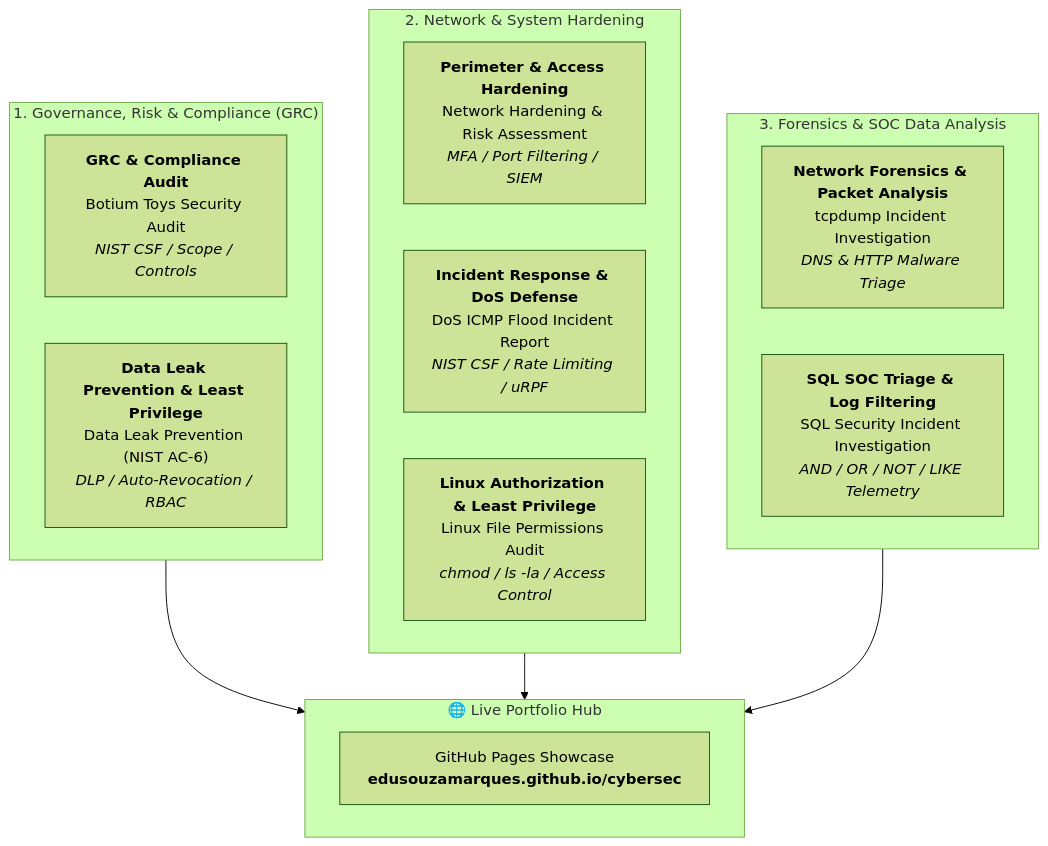
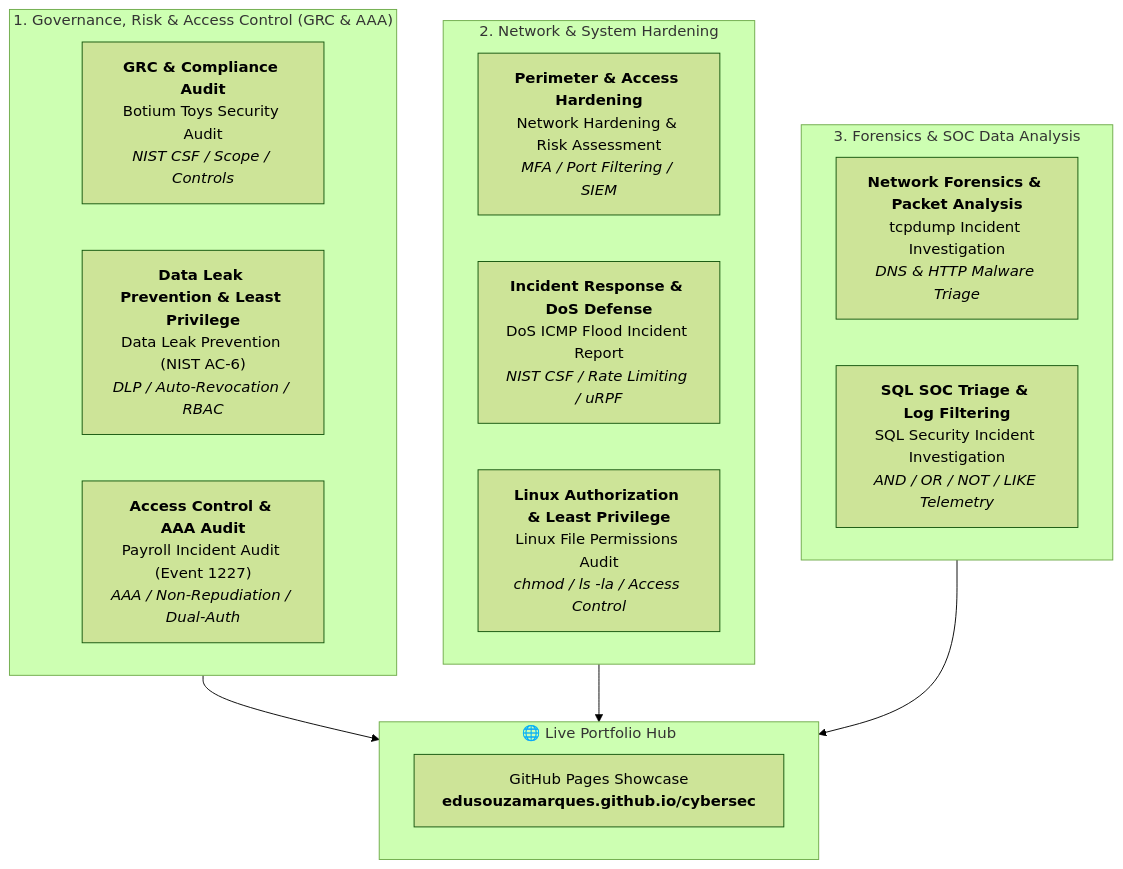
Before and after one commit to edusouzamarques/edusouzamarques: the diagram in README.md, drawn with Mermaid (forest theme). The commit also changed other lines of this file, not shown here.

Commit message:
docs: feature access-control-aaa-audit-lab in practical portfolio showcase

````diff
--- a/README.md
+++ b/README.md
@@ -12,26 +12,27 @@
 ```mermaid
 flowchart TD
-    subgraph GRC["1. Governance, Risk & Compliance (GRC)"]
+    subgraph GRC["1. Governance, Risk & Access Control (GRC & AAA)"]
         L1["<b>GRC & Compliance Audit</b><br/>Botium Toys Security Audit<br/><i>NIST CSF / Scope / Controls</i>"]
         L2["<b>Data Leak Prevention & Least Privilege</b><br/>Data Leak Prevention (NIST AC-6)<br/><i>DLP / Auto-Revocation / RBAC</i>"]
+        L3["<b>Access Control & AAA Audit</b><br/>Payroll Incident Audit (Event 1227)<br/><i>AAA / Non-Repudiation / Dual-Auth</i>"]
     end
 
     subgraph Defense["2. Network & System Hardening"]
-        L3["<b>Perimeter & Access Hardening</b><br/>Network Hardening & Risk Assessment<br/><i>MFA / Port Filtering / SIEM</i>"]
-        L4["<b>Incident Response & DoS Defense</b><br/>DoS ICMP Flood Incident Report<br/><i>NIST CSF / Rate Limiting / uRPF</i>"]
-        L5["<b>Linux Authorization & Least Privilege</b><br/>Linux File Permissions Audit<br/><i>chmod / ls -la / Access Control</i>"]
+        L4["<b>Perimeter & Access Hardening</b><br/>Network Hardening & Risk Assessment<br/><i>MFA / Port Filtering / SIEM</i>"]
+        L5["<b>Incident Response & DoS Defense</b><br/>DoS ICMP Flood Incident Report<br/><i>NIST CSF / Rate Limiting / uRPF</i>"]
+        L6["<b>Linux Authorization & Least Privilege</b><br/>Linux File Permissions Audit<br/><i>chmod / ls -la / Access Control</i>"]
     end
 
     subgraph Forensics["3. Forensics & SOC Data Analysis"]
-        L6["<b>Network Forensics & Packet Analysis</b><br/>tcpdump Incident Investigation<br/><i>DNS & HTTP Malware Triage</i>"]
-        L7["<b>SQL SOC Triage & Log Filtering</b><br/>SQL Security Incident Investigation<br/><i>AND / OR / NOT / LIKE Telemetry</i>"]
+        L7["<b>Network Forensics & Packet Analysis</b><br/>tcpdump Incident Investigation<br/><i>DNS & HTTP Malware Triage</i>"]
+        L8["<b>SQL SOC Triage & Log Filtering</b><br/>SQL Security Incident Investigation<br/><i>AND / OR / NOT / LIKE Telemetry</i>"]
     end
 
     subgraph Hub["🌐 Live Portfolio Hub"]
         Web["GitHub Pages Showcase<br/><b>edusouzamarques.github.io/cybersec</b>"]
     end
 
     GRC --> Hub
     Defense --> Hub
     Forensics --> Hub
 ```
````
